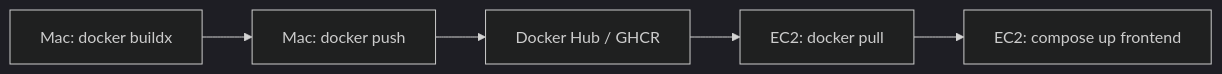
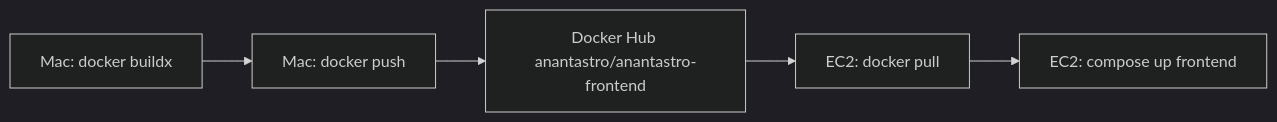
One commit to leeveshkamboj/anantastrofrontend changed the diagram in docs/deploy-frontend-local-build.md. Above: the diagram before and after it, drawn with Mermaid (dark theme). The commit also changed other lines of this file and 19 other files, not shown here.

````diff
--- a/docs/deploy-frontend-local-build.md
+++ b/docs/deploy-frontend-local-build.md
@@ -7,7 +7,7 @@
 ```mermaid
 flowchart LR
   A[Mac: docker buildx] --> B[Mac: docker push]
-  B --> C[Docker Hub / GHCR]
+  B --> C[Docker Hub anantastro/anantastro-frontend]
   C --> D[EC2: docker pull]
   D --> E[EC2: compose up frontend]
 ```
````
